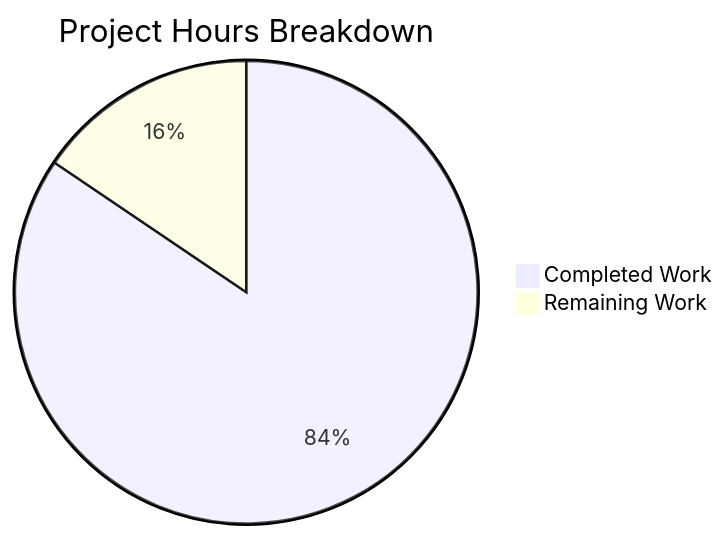
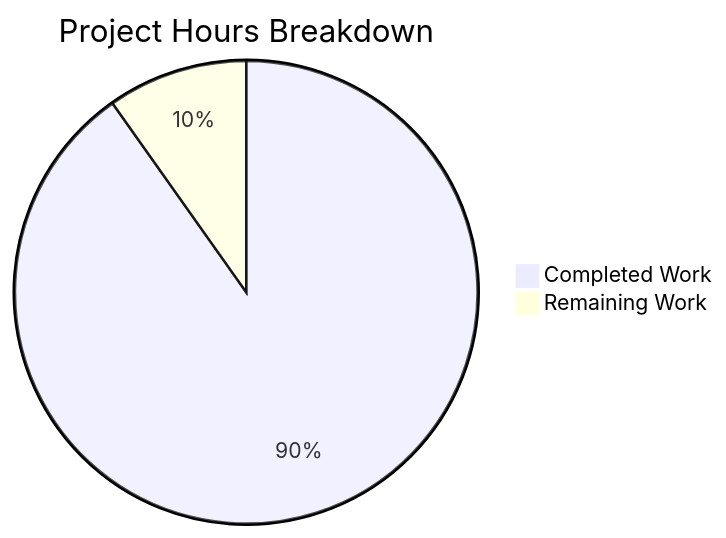
The second of 2 diagrams in blitzy/documentation/Project Guide.md (Blitzy-Sandbox/blitzy-bluez), drawn with Mermaid before and after one commit. The commit also changed other lines of this file, not shown here.

Commit message:
Adding Blitzy Project Guide: Project Status and Human Tasks Remaining

````diff
--- a/blitzy/documentation/Project Guide.md
+++ b/blitzy/documentation/Project Guide.md
@@ -245,5 +218,5 @@
 ```mermaid
 pie title Project Hours Breakdown
-    "Completed Work" : 625
-    "Remaining Work" : 115
+    "Completed Work" : 920
+    "Remaining Work" : 100
 ```
````
